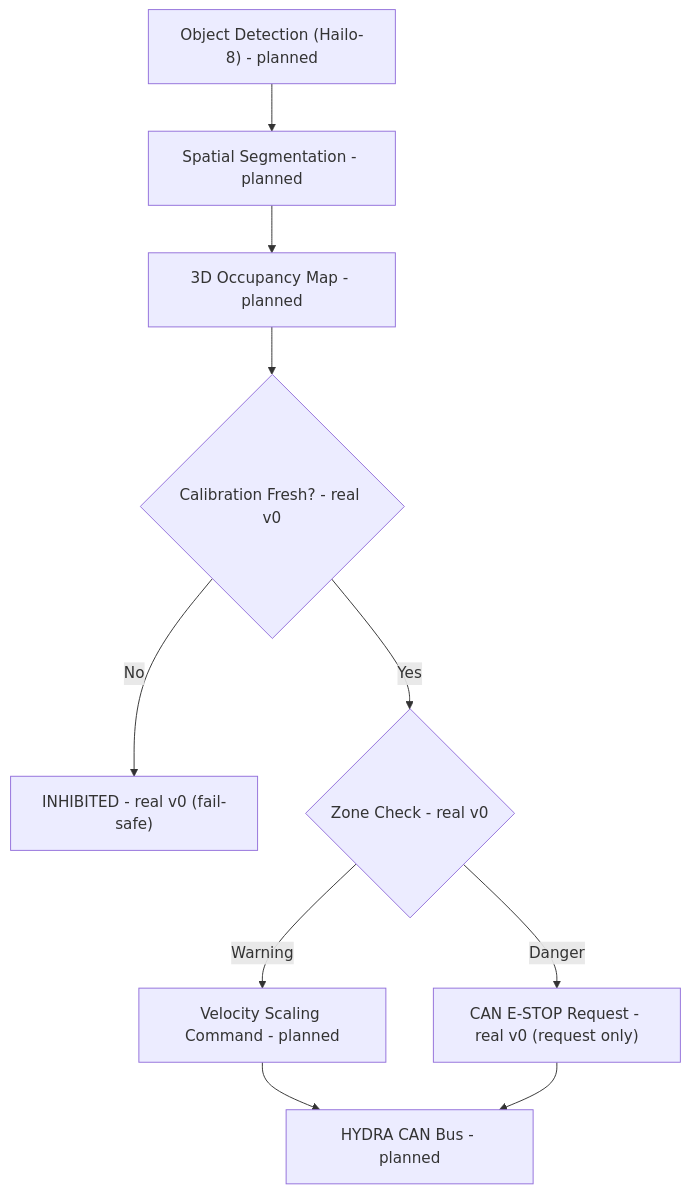
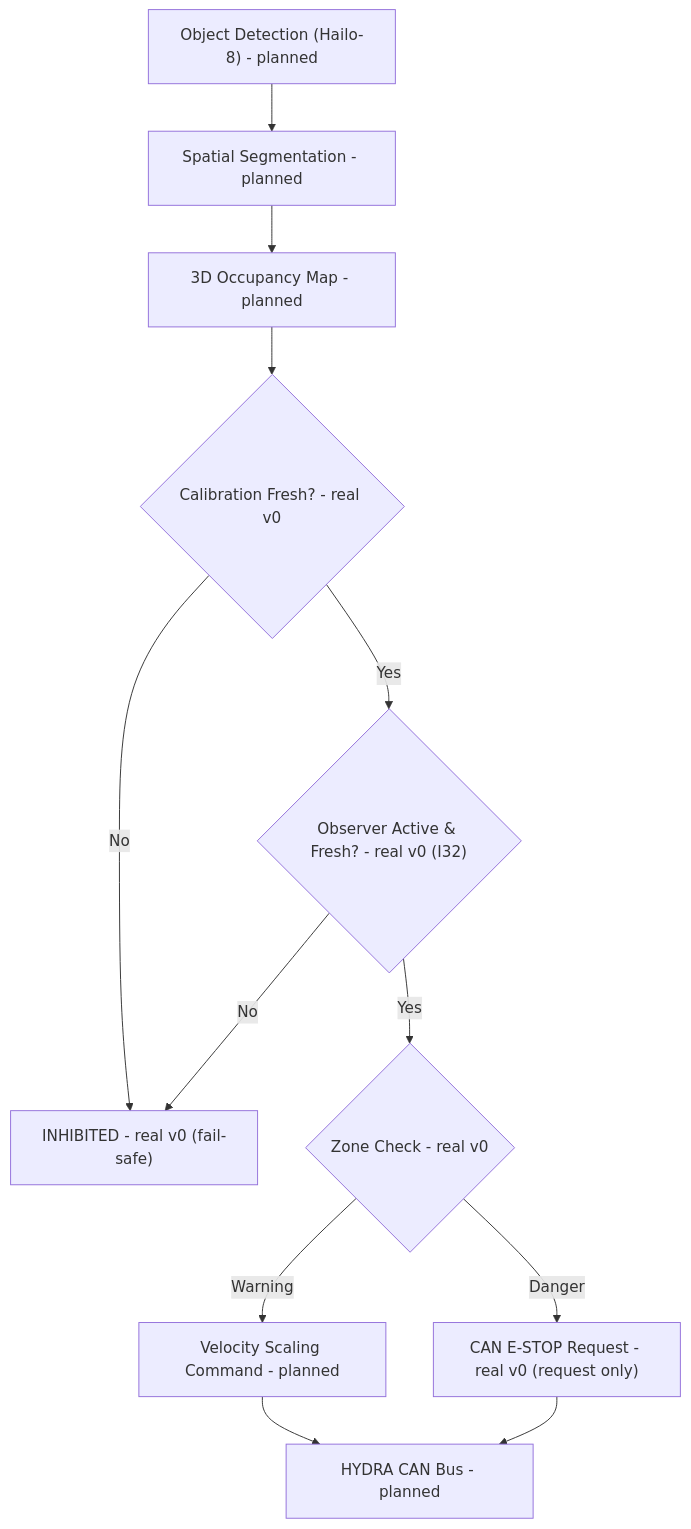
Before and after one commit to JuanenRac/HYDRA-UMC-SAFETY-ZONES: the diagram in README.md, drawn with Mermaid. The commit also changed other lines of this file and 19 other files, not shown here.

````diff
--- a/README.md
+++ b/README.md
@@ -48,12 +49,14 @@
 ```mermaid
 flowchart TB
     DET["Object Detection (Hailo-8) - planned"] --> SEG["Spatial Segmentation - planned"]
     SEG --> MAP["3D Occupancy Map - planned"]
     MAP --> CAL{"Calibration Fresh? - real v0"}
     CAL -- No --> INHIBIT["INHIBITED - real v0 (fail-safe)"]
-    CAL -- Yes --> ZONE{"Zone Check - real v0"}
+    CAL -- Yes --> OBS{"Observer Active & Fresh? - real v0 (I32)"}
+    OBS -- No --> INHIBIT
+    OBS -- Yes --> ZONE{"Zone Check - real v0"}
     ZONE -- Warning --> SLOW["Velocity Scaling Command - planned"]
     ZONE -- Danger --> STOP["CAN E-STOP Request - real v0 (request only)"]
     SLOW --> CAN["HYDRA CAN Bus - planned"]
     STOP --> CAN
 ```
````
